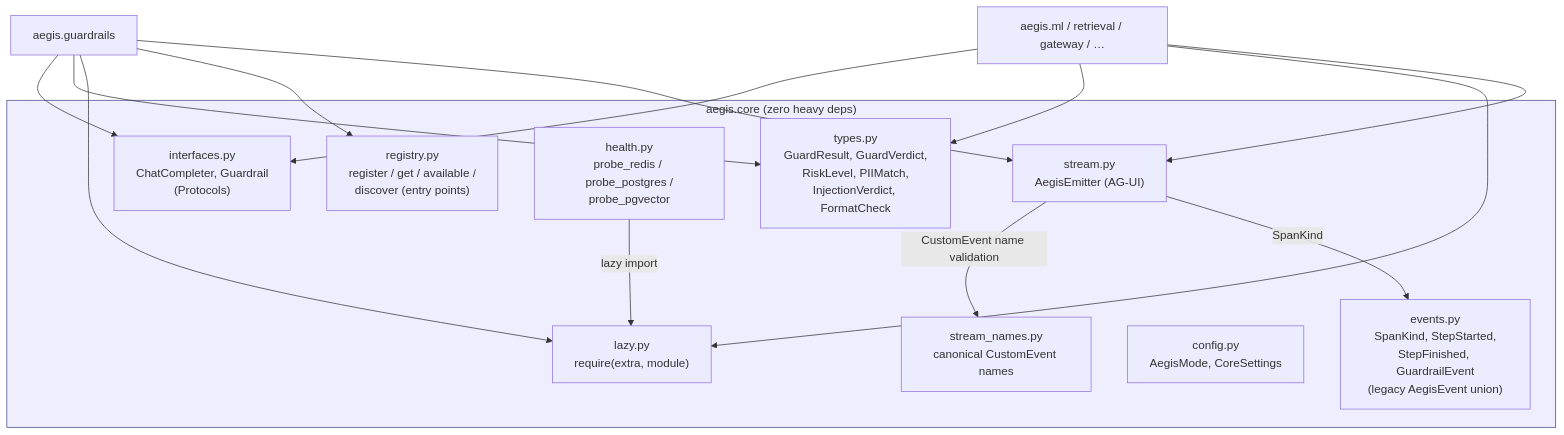
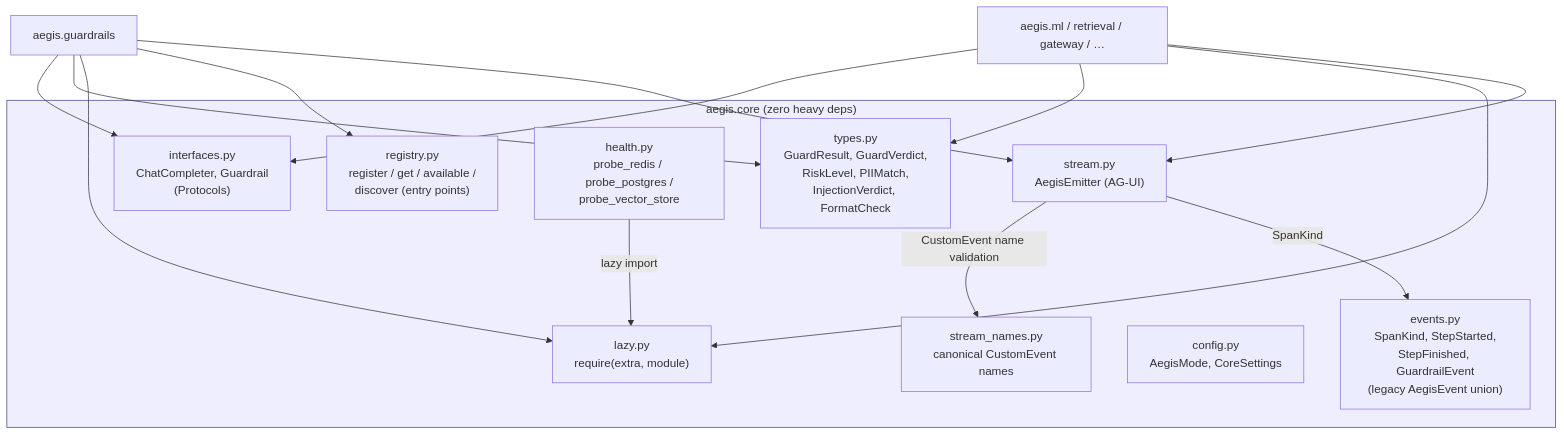
Before and after one commit to yrevash/aegis: the first of 2 diagrams in docs/module/aegis-core.md, drawn with Mermaid. The commit also changed other lines of this file and 79 other files, not shown here.

````diff
--- a/docs/module/aegis-core.md
+++ b/docs/module/aegis-core.md
@@ -32,30 +32,30 @@
 ```mermaid
 graph TD
     subgraph core["aegis.core (zero heavy deps)"]
         types["types.py<br/>GuardResult, GuardVerdict,<br/>RiskLevel, PIIMatch,<br/>InjectionVerdict, FormatCheck"]
         events["events.py<br/>SpanKind, StepStarted,<br/>StepFinished, GuardrailEvent<br/>(legacy AegisEvent union)"]
         interfaces["interfaces.py<br/>ChatCompleter, Guardrail<br/>(Protocols)"]
         registry["registry.py<br/>register / get / available /<br/>discover (entry points)"]
         lazy["lazy.py<br/>require(extra, module)"]
         config["config.py<br/>AegisMode, CoreSettings"]
-        health["health.py<br/>probe_redis / probe_postgres /<br/>probe_pgvector"]
+        health["health.py<br/>probe_redis / probe_postgres /<br/>probe_vector_store"]
         stream["stream.py<br/>AegisEmitter (AG-UI)"]
         stream_names["stream_names.py<br/>canonical CustomEvent names"]
     end
 
     health -->|lazy import| lazy
     stream -->|CustomEvent name validation| stream_names
     stream -->|SpanKind| events
 
     leaf1["aegis.guardrails"] --> interfaces
     leaf1 --> types
     leaf1 --> lazy
     leaf1 --> registry
     leaf1 --> stream
     leaf2["aegis.ml / retrieval / gateway / …"] --> interfaces
     leaf2 --> types
     leaf2 --> lazy
     leaf2 --> stream
 
     style core fill:#eef,stroke:#448
 ```
````
